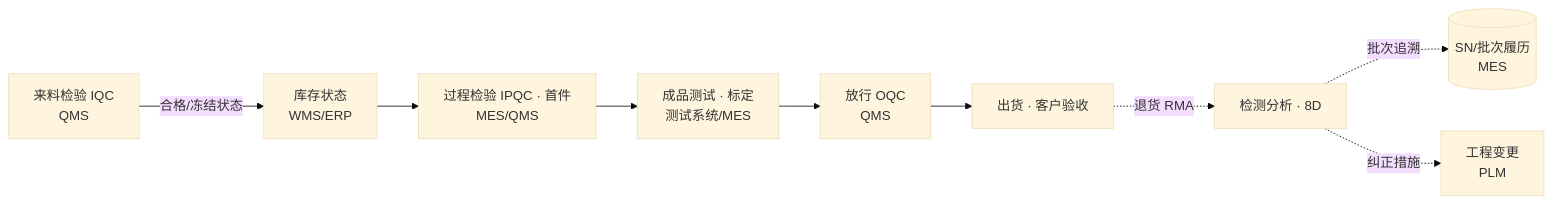
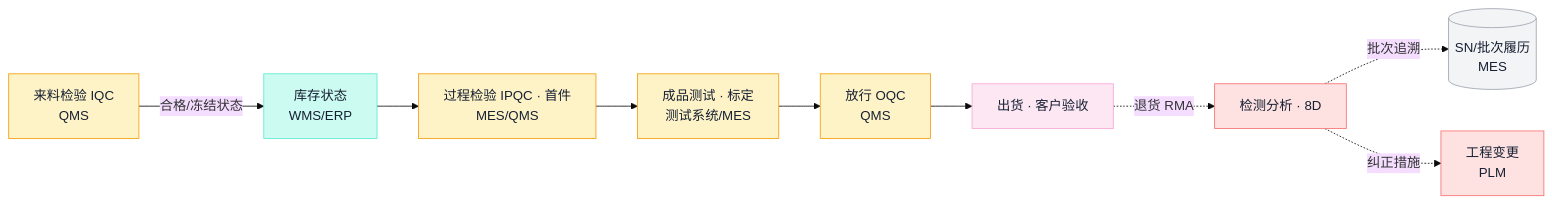
One commit to ink-hz/AI-Manufacturing-Platform changed the fifth of 16 diagrams in docs/manufacturing-system-handbook.md. Above: the diagram before and after it, drawn with Mermaid (base theme). The commit also changed other lines of this file, not shown here.

Commit message:
docs: publish maintained handbook diagram colors

````diff
--- a/docs/manufacturing-system-handbook.md
+++ b/docs/manufacturing-system-handbook.md
@@ -195,11 +242,21 @@
 ```mermaid
 flowchart LR
     IQC[来料检验 IQC<br/>QMS] -->|合格/冻结状态| STK[库存状态<br/>WMS/ERP]
     STK --> IPQC[过程检验 IPQC · 首件<br/>MES/QMS]
     IPQC --> FT[成品测试 · 标定<br/>测试系统/MES]
     FT --> REL[放行 OQC<br/>QMS]
     REL --> SHIP[出货 · 客户验收]
     SHIP -.退货 RMA.-> ANA[检测分析 · 8D]
     ANA -.批次追溯.-> TRACE[(SN/批次履历<br/>MES)]
     ANA -.纠正措施.-> ECO2[工程变更<br/>PLM]
+    class IQC,IPQC,FT,REL qa
+    class STK flow
+    class SHIP cust
+    class ANA,ECO2 risk
+    class TRACE store
+    classDef qa fill:#FEF3C7,stroke:#F59E0B,color:#172033;
+    classDef flow fill:#CCFBF1,stroke:#5EEAD4,color:#172033;
+    classDef cust fill:#FCE7F3,stroke:#F9A8D4,color:#172033;
+    classDef risk fill:#FEE2E2,stroke:#F87171,color:#172033;
+    classDef store fill:#F3F4F6,stroke:#9CA3AF,color:#172033;
 ```
````
